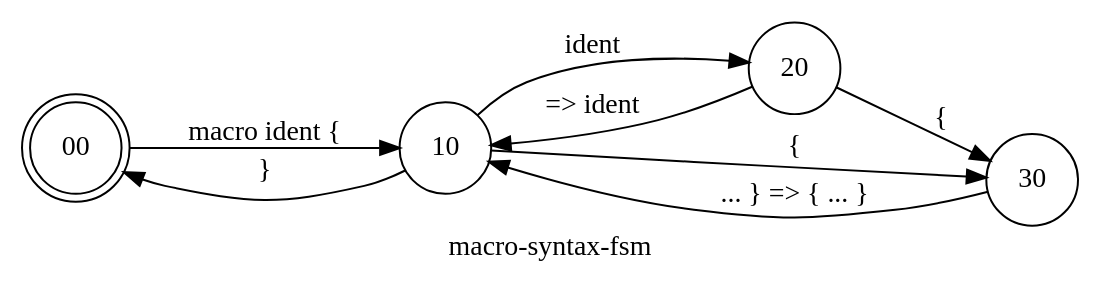
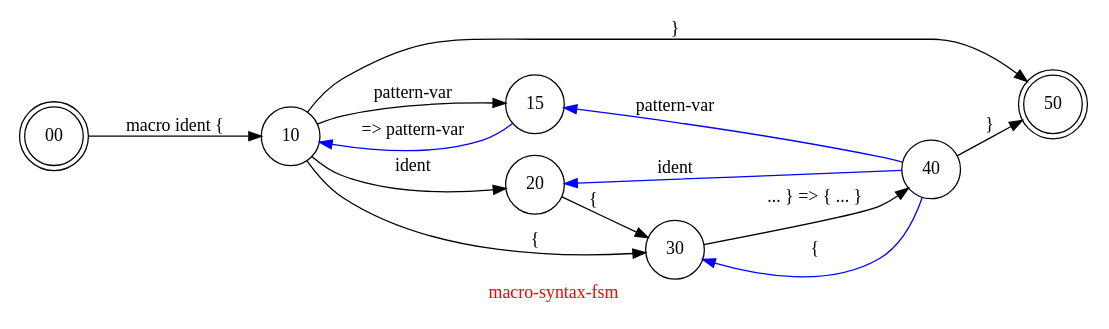
Before and after one commit to Ayyzee/dakota: the diagram in src/macro-system/macro-syntax-fsm.dot, drawn with Graphviz. The commit also changed 10 other files, not shown here.

```diff
--- a/src/macro-system/macro-syntax-fsm.dot
+++ b/src/macro-system/macro-syntax-fsm.dot
@@ -1,38 +1,45 @@
 // Copyright (C) 2007, 2008 Robert Nielsen <robert@dakota.org>
 //
 // Licensed under the Apache License, Version 2.0 (the "License");
 // you may not use this file except in compliance with the License.
 // You may obtain a copy of the License at
 //
 //      http://www.apache.org/licenses/LICENSE-2.0
 //
 // Unless required by applicable law or agreed to in writing, software
 // distributed under the License is distributed on an "AS IS" BASIS,
 // WITHOUT WARRANTIES OR CONDITIONS OF ANY KIND, either express or implied.
 // See the License for the specific language governing permissions and
 // limitations under the License.
 
 digraph "macro-syntax-fsm"
 {
-  label = "\G";
+  graph [ label = "\G", fontcolor = red ];
   graph [ rankdir = "LR",
         center = true,
         size = "7.5,10",
           ];
-  //node [ shape = circle, label = "" ];
+
+  //node [ shape = circle, label = "", width = 0.25 ];
+  // OR
   node [ shape = circle ];
 
-  "00" [ shape = doublecircle ];
+  00 [ shape = doublecircle ];
+  50 [ shape = doublecircle ];
 
   00 -> 10 [ label = "macro ident {" ];
-  10 -> 00 [ label = "}" ];
 
+  10 -> 15 [ label = "pattern-var" ];
+  10 -> 15 [ label = "=> pattern-var", color = blue, dir = back ];
   10 -> 20 [ label = "ident" ];
-  20 -> 10 [ label = "=> ident" ];
+  10 -> 50 [ label = "}" ];
 
   10 -> 30 [ label = "{" ];
   20 -> 30 [ label = "{" ];
+  20 -> 40 [ label = "ident", color = blue, dir = back ];
 
-  30 -> 10 [ label = "... } => { ... }" ];
-
+  30 -> 40 [ label = "... } => { ... }" ];
+  30 -> 40 [ label = "{", color = blue, dir = back ];
+  15 -> 40 [ label = "pattern-var", color = blue, dir = back ];
+  40 -> 50 [ label = "}" ];
 }
```
